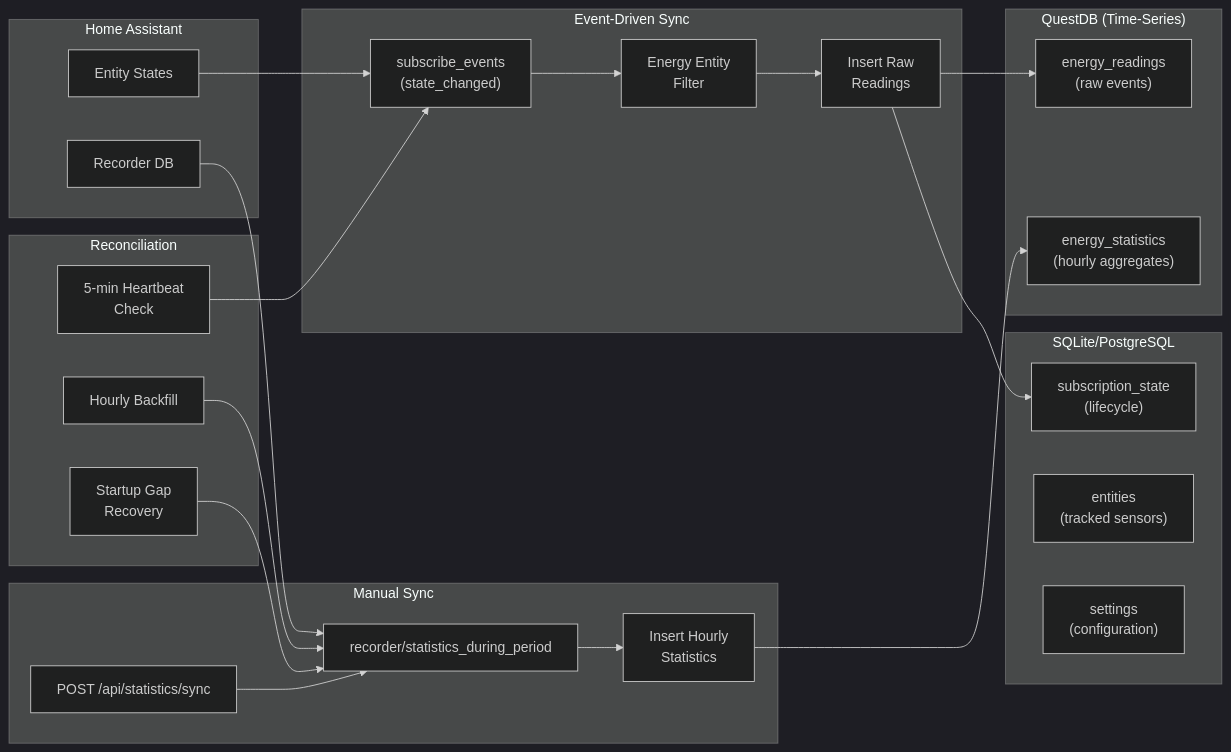
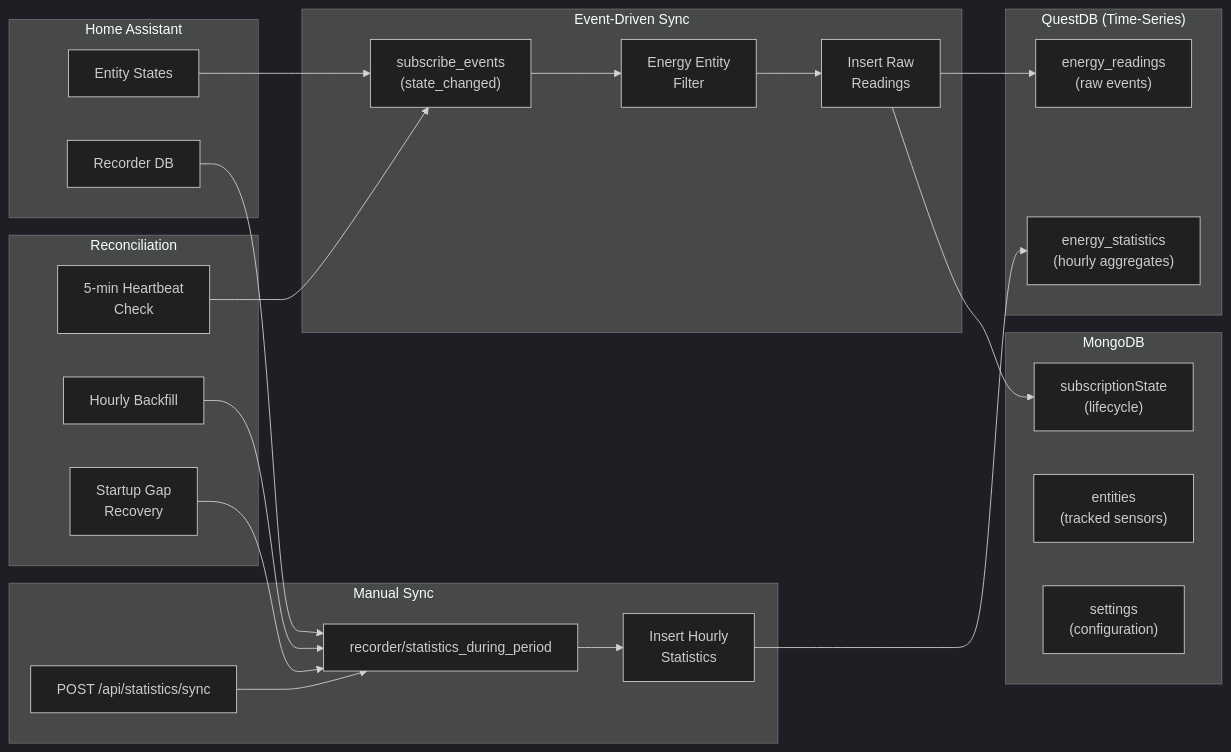
One commit to teknologist/ha-energy-analytics changed the second of 4 diagrams in specs/energy-dashboard-spec.md. Above: the diagram before and after it, drawn with Mermaid (dark theme). The commit also changed other lines of this file, not shown here.

First line of the commit message:
docs: update spec for runtime-level shared plugins architecture

````diff
--- a/specs/energy-dashboard-spec.md
+++ b/specs/energy-dashboard-spec.md
@@ -81,51 +81,51 @@
 ```mermaid
 flowchart LR
     subgraph HA["Home Assistant"]
         States["Entity States"]
         Recorder_HA["Recorder DB"]
     end
 
     subgraph EventSync["Event-Driven Sync"]
         Subscribe["subscribe_events<br/>(state_changed)"]
         Filter["Energy Entity<br/>Filter"]
         RawInsert["Insert Raw<br/>Readings"]
     end
 
     subgraph ManualSync["Manual Sync"]
         API_Sync["POST /api/statistics/sync"]
         Stats_Fetch["recorder/statistics_during_period"]
         StatsInsert["Insert Hourly<br/>Statistics"]
     end
 
     subgraph Reconciliation["Reconciliation"]
         Heartbeat["5-min Heartbeat<br/>Check"]
         Hourly["Hourly Backfill"]
         Startup["Startup Gap<br/>Recovery"]
     end
 
-    subgraph AppDB["SQLite/PostgreSQL"]
-        SubState["subscription_state<br/>(lifecycle)"]
+    subgraph AppDB["MongoDB"]
+        SubState["subscriptionState<br/>(lifecycle)"]
         Entities["entities<br/>(tracked sensors)"]
         Settings["settings<br/>(configuration)"]
     end
 
     subgraph QuestDB["QuestDB (Time-Series)"]
         Readings["energy_readings<br/>(raw events)"]
         Statistics["energy_statistics<br/>(hourly aggregates)"]
     end
 
     States --> Subscribe
     Subscribe --> Filter
     Filter --> RawInsert
     RawInsert --> Readings
     RawInsert --> SubState
 
     Recorder_HA --> Stats_Fetch
     API_Sync --> Stats_Fetch
     Stats_Fetch --> StatsInsert
     StatsInsert --> Statistics
 
     Heartbeat --> Subscribe
     Hourly --> Stats_Fetch
     Startup --> Stats_Fetch
 ```
````
